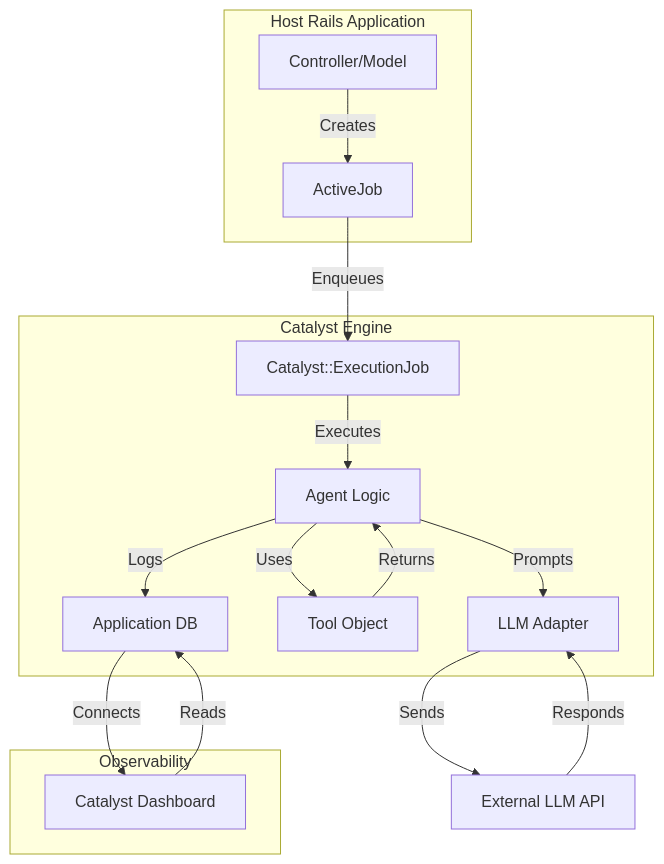
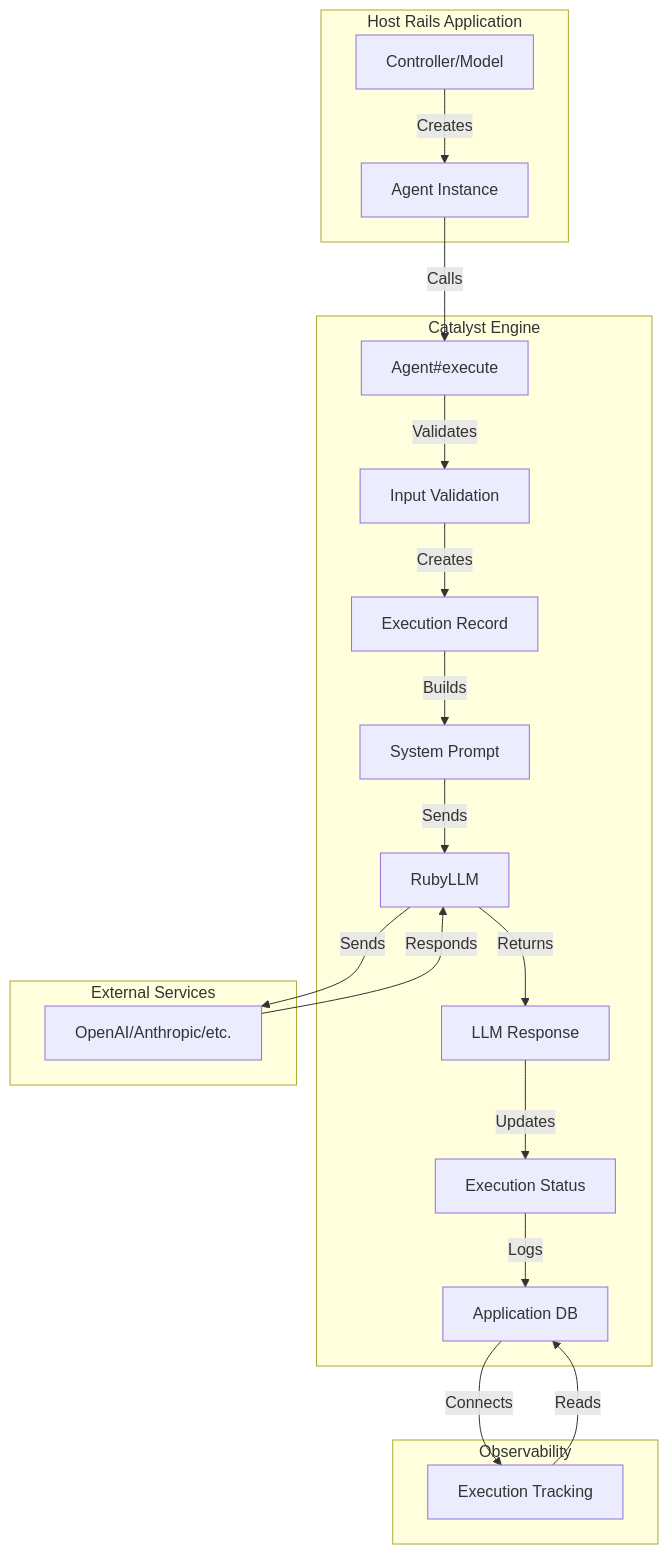
One commit to sevos/catalyst changed the diagram in docs/architecture.md. Above: the diagram before and after it, drawn with Mermaid. The commit also changed other lines of this file, not shown here.

Commit message:
docs: update main architecture document for current implementation
- Updated technical summary to reflect synchronous execution model
- Updated high-level diagram to show direct Agent#execute flow
- Changed from ActiveJob background pattern to synchronous execution pattern
- Added version 0.2 to changelog noting Story 1.3 implementation

This reflects the CURRENT implementation state, while PRD correctly
maintains the future roadmap for asynchronous execution in later stories.

🤖 Generated with [Claude Code](https://claude.ai/code)

````diff
--- a/docs/architecture.md
+++ b/docs/architecture.md
@@ -27,23 +28,29 @@
 ```mermaid
 graph TD
     subgraph HostApp["Host Rails Application"]
-        A[Controller/Model] -- Creates --> B[ActiveJob]
+        A[Controller/Model] -- Creates --> B[Agent Instance]
     end
 
     subgraph CatalystEngine["Catalyst Engine"]
-        C[Catalyst::ExecutionJob] -- Executes --> D[Agent Logic]
-        D -- Prompts --> E[LLM Adapter]
-        D -- Uses --> F[Tool Object]
-        F -- Returns --> D
-        D -- Logs --> G[Application DB]
+        B -- Calls --> C[Agent#execute]
+        C -- Validates --> D[Input Validation]
+        D -- Creates --> E[Execution Record]
+        E -- Builds --> F[System Prompt]
+        F -- Sends --> G[RubyLLM]
+        G -- Returns --> H[LLM Response]
+        H -- Updates --> I[Execution Status]
+        I -- Logs --> J[Application DB]
+    end
+
+    subgraph External["External Services"]
+        K[OpenAI/Anthropic/etc.]
     end
 
     subgraph Observability["Observability"]
-        I[Catalyst Dashboard] -- Reads --> G
+        L[Execution Tracking] -- Reads --> J
     end
 
-    B -- Enqueues --> C
-    E -- Sends --> H[External LLM API]
-    H -- Responds --> E
-    G -- Connects --> I
+    G -- Sends --> K
+    K -- Responds --> G
+    J -- Connects --> L
 ```
````
